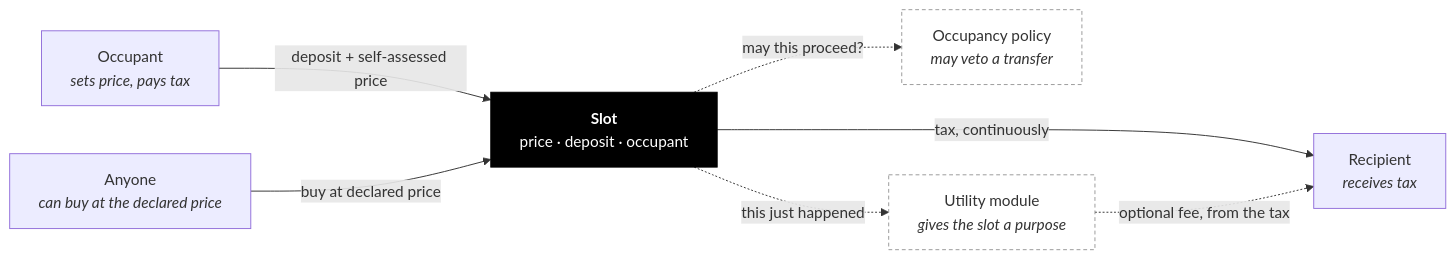
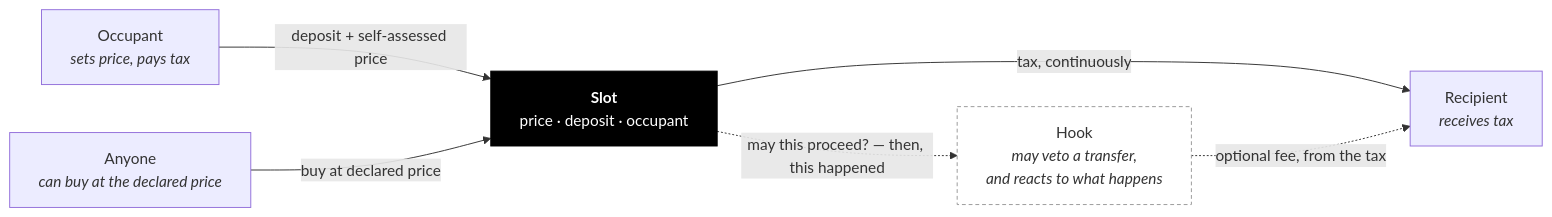
The first of 2 diagrams in apps/docs/docs/pages/concepts/slots.mdx (nezz0746/0xSlots), drawn with Mermaid before and after one commit. The commit also changed other lines of this file and 21 other files, not shown here.

First line of the commit message:
Refactor slot documentation and SDK to align with V2 architecture

````diff
--- a/apps/docs/docs/pages/concepts/slots.mdx
+++ b/apps/docs/docs/pages/concepts/slots.mdx
@@ -18,21 +18,19 @@
 ```mermaid
 flowchart LR
     Occupant["Occupant<br/><i>sets price, pays tax</i>"]
     Slot["<b>Slot</b><br/>price · deposit · occupant"]
     Recipient["Recipient<br/><i>receives tax</i>"]
-    Policy["Occupancy policy<br/><i>may veto a transfer</i>"]
-    Module["Utility module<br/><i>gives the slot a purpose</i>"]
+    Hook["Hook<br/><i>may veto a transfer,<br/>and reacts to what happens</i>"]
     Buyer["Anyone<br/><i>can buy at the declared price</i>"]
 
     Occupant -->|"deposit + self-assessed price"| Slot
     Buyer -->|"buy at declared price"| Slot
     Slot -->|"tax, continuously"| Recipient
-    Slot -.->|"may this proceed?"| Policy
-    Slot -.->|"this just happened"| Module
-    Module -.->|"optional fee, from the tax"| Recipient
+    Slot -.->|"may this proceed? — then, this happened"| Hook
+    Hook -.->|"optional fee, from the tax"| Recipient
 
     classDef core fill:#000,stroke:#000,color:#fff
     classDef opt fill:#fff,stroke:#999,stroke-dasharray:4 3,color:#333
     class Slot core
-    class Policy,Module opt
+    class Hook opt
 ```
````
